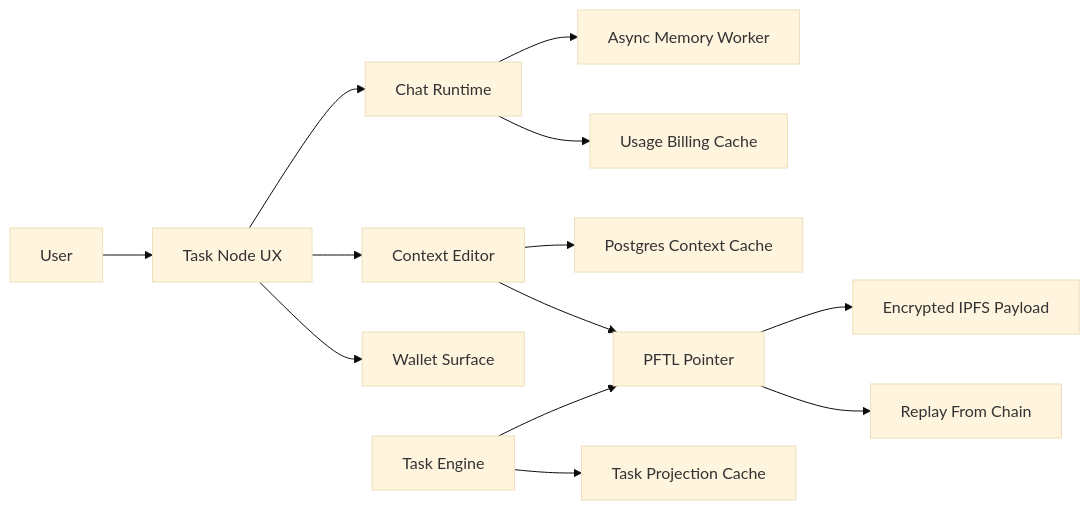
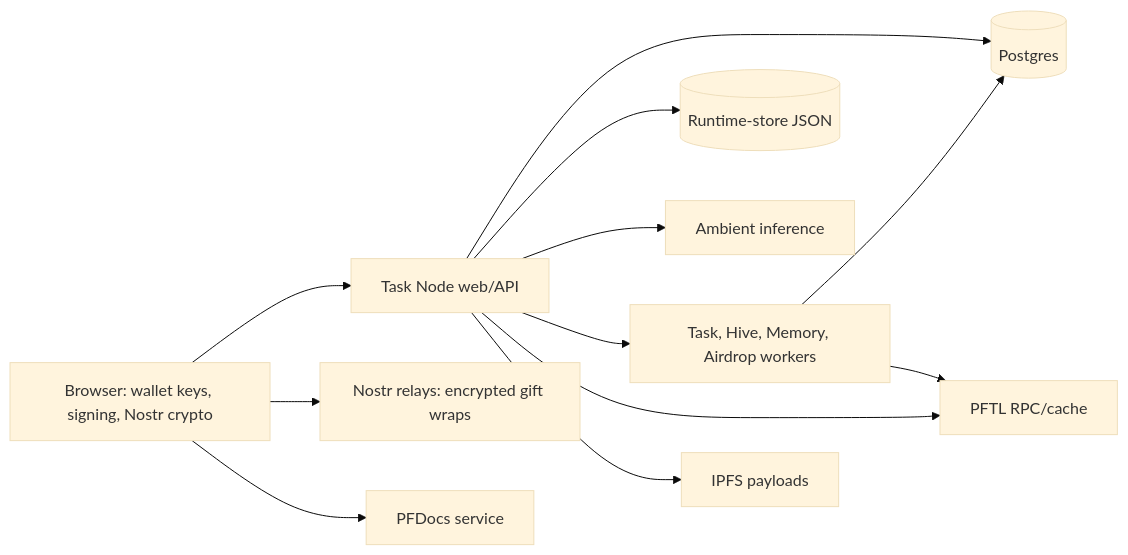
One commit to postfiatorg/tasknode changed the diagram in docs/wiki/index.md. Above: the diagram before and after it, drawn with Mermaid (base theme). The commit also changed other lines of this file and 379 other files, not shown here.

Commit message:
Prepare Task Node for open source release

````diff
--- a/docs/wiki/index.md
+++ b/docs/wiki/index.md
@@ -33,15 +54,14 @@
 ```mermaid
 flowchart LR
-  User[User] --> UI[Task Node UX]
-  UI --> Chat[Chat Runtime]
-  UI --> Context[Context Editor]
-  UI --> Wallet[Wallet Surface]
-  Chat --> Memory[Async Memory Worker]
-  Chat --> Billing[Usage Billing Cache]
-  Context --> ContextCache[Postgres Context Cache]
-  Context --> PFTL[PFTL Pointer]
-  PFTL --> IPFS[Encrypted IPFS Payload]
-  Tasks[Task Engine] --> PFTL
-  Tasks --> TaskCache[Task Projection Cache]
-  PFTL --> Replay[Replay From Chain]
+  Browser[Browser: wallet keys, signing, Nostr crypto] --> API[Task Node web/API]
+  API --> PG[(Postgres)]
+  API --> Store[(Runtime-store JSON)]
+  API --> Ambient[Ambient inference]
+  API --> Workers[Task, Hive, Memory, Airdrop workers]
+  Browser --> Relays[Nostr relays: encrypted gift wraps]
+  Browser --> PFDocs[PFDocs service]
+  API --> PFTL[PFTL RPC/cache]
+  API --> IPFS[IPFS payloads]
+  Workers --> PG
+  Workers --> PFTL
 ```
````
